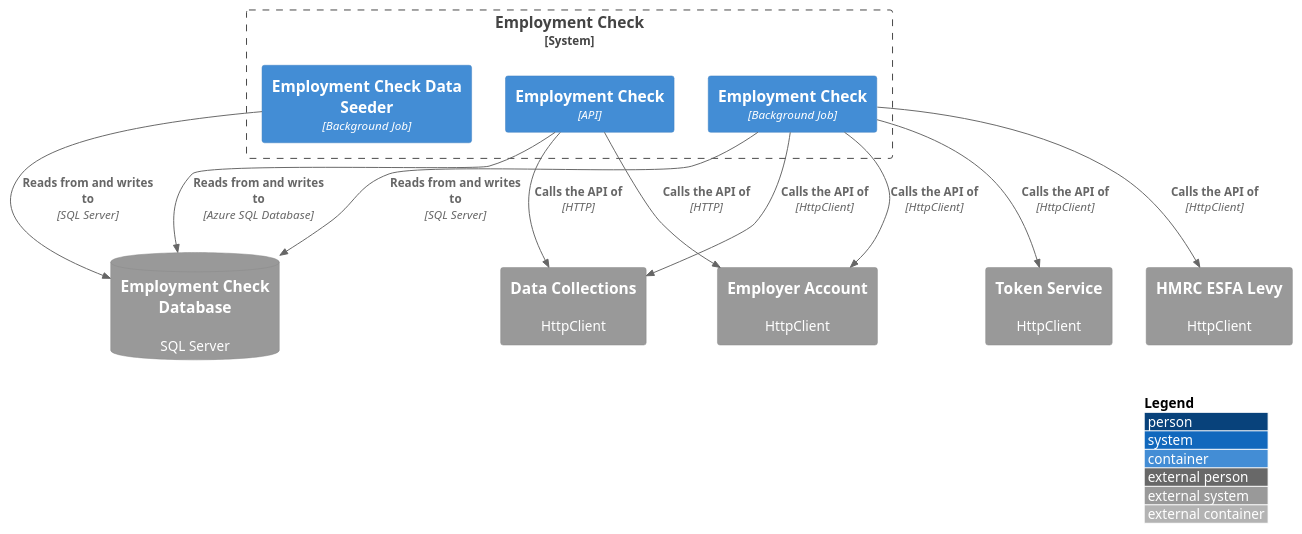
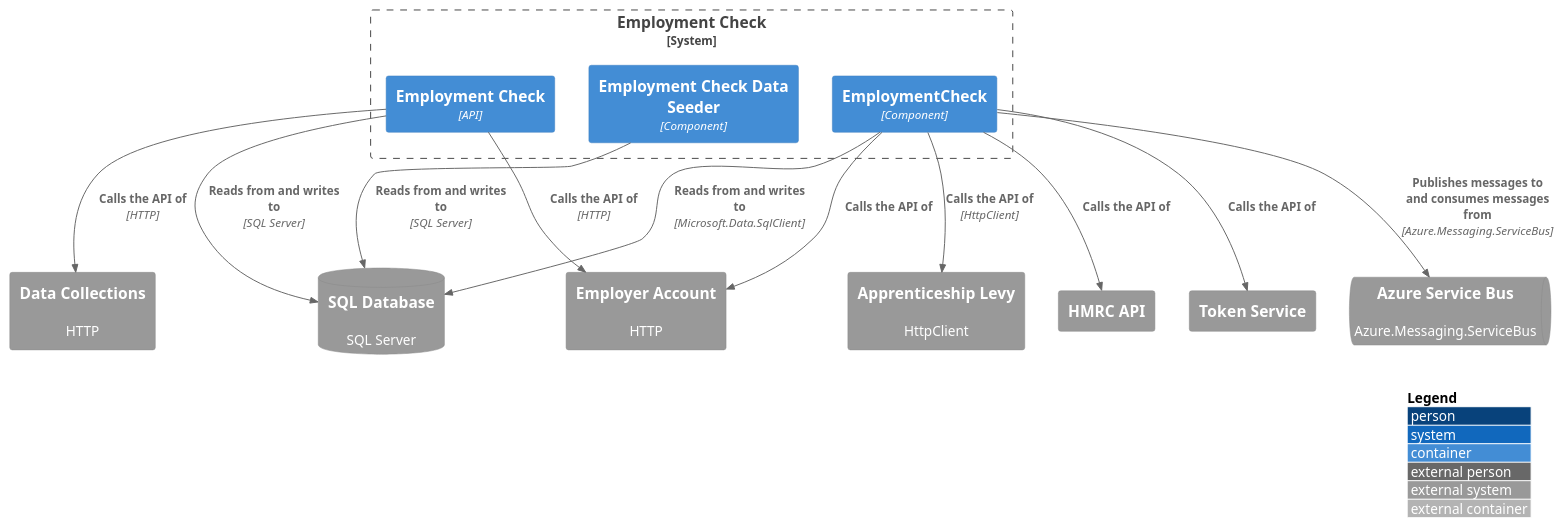
Before and after one commit to talentconsulting/atlas-dfe: the diagram in das-employmentcheck/service-dependencies/service-dependencies.puml, drawn with PlantUML. The commit also changed 46 other files, not shown here.

```diff
--- a/das-employmentcheck/service-dependencies/service-dependencies.puml
+++ b/das-employmentcheck/service-dependencies/service-dependencies.puml
@@ -1,27 +1,30 @@
 @startuml
 !include https://raw.githubusercontent.com/plantuml-stdlib/C4-PlantUML/master/C4_Container.puml
 LAYOUT_WITH_LEGEND()
 
 System_Boundary(sys_SkillsFundingAgency_das_employmentcheck, "Employment Check") {
-  Container(c_employment_check, "Employment Check", "Background Job")
-  Container(c_employment_check_2, "Employment Check", "API")
-  Container(c_employment_check_data_seeder, "Employment Check Data Seeder", "Background Job")
+  Container(c_employment_check, "Employment Check", "API")
+  Container(c_employment_check_data_seeder, "Employment Check Data Seeder", "Component")
+  Container(c_employmentcheck, "EmploymentCheck", "Component")
 }
 
-SystemDb_Ext(d_database_employment_check_database, "Employment Check Database", "SQL Server")
-System_Ext(d_http_api_data_collections, "Data Collections", "HttpClient")
-System_Ext(d_http_api_employer_account, "Employer Account", "HttpClient")
-System_Ext(d_http_api_hmrc_esfa_levy, "HMRC ESFA Levy", "HttpClient")
-System_Ext(d_http_api_token_service, "Token Service", "HttpClient")
+SystemDb_Ext(d_database_sql_database, "SQL Database", "SQL Server")
+System_Ext(d_http_api_apprenticeship_levy, "Apprenticeship Levy", "HttpClient")
+System_Ext(d_http_api_data_collections, "Data Collections", "HTTP")
+System_Ext(d_http_api_employer_account, "Employer Account", "HTTP")
+System_Ext(d_http_api_hmrc_api, "HMRC API")
+System_Ext(d_http_api_token_service, "Token Service")
+SystemQueue_Ext(d_message_broker_azure_service_bus, "Azure Service Bus", "Azure.Messaging.ServiceBus")
 
-Rel(c_employment_check_data_seeder, d_database_employment_check_database, "Reads from and writes to", "SQL Server")
-Rel(c_employment_check, d_database_employment_check_database, "Reads from and writes to", "SQL Server")
-Rel(c_employment_check_2, d_database_employment_check_database, "Reads from and writes to", "Azure SQL Database")
-Rel(c_employment_check, d_http_api_data_collections, "Calls the API of", "HttpClient")
-Rel(c_employment_check_2, d_http_api_data_collections, "Calls the API of", "HTTP")
-Rel(c_employment_check, d_http_api_employer_account, "Calls the API of", "HttpClient")
-Rel(c_employment_check_2, d_http_api_employer_account, "Calls the API of", "HTTP")
-Rel(c_employment_check, d_http_api_hmrc_esfa_levy, "Calls the API of", "HttpClient")
-Rel(c_employment_check, d_http_api_token_service, "Calls the API of", "HttpClient")
+Rel(c_employment_check_data_seeder, d_database_sql_database, "Reads from and writes to", "SQL Server")
+Rel(c_employment_check, d_database_sql_database, "Reads from and writes to", "SQL Server")
+Rel(c_employmentcheck, d_database_sql_database, "Reads from and writes to", "Microsoft.Data.SqlClient")
+Rel(c_employmentcheck, d_http_api_apprenticeship_levy, "Calls the API of", "HttpClient")
+Rel(c_employment_check, d_http_api_data_collections, "Calls the API of", "HTTP")
+Rel(c_employment_check, d_http_api_employer_account, "Calls the API of", "HTTP")
+Rel(c_employmentcheck, d_http_api_employer_account, "Calls the API of")
+Rel(c_employmentcheck, d_http_api_hmrc_api, "Calls the API of")
+Rel(c_employmentcheck, d_http_api_token_service, "Calls the API of")
+Rel(c_employmentcheck, d_message_broker_azure_service_bus, "Publishes messages to and consumes messages from", "Azure.Messaging.ServiceBus")
 
 @enduml
```
